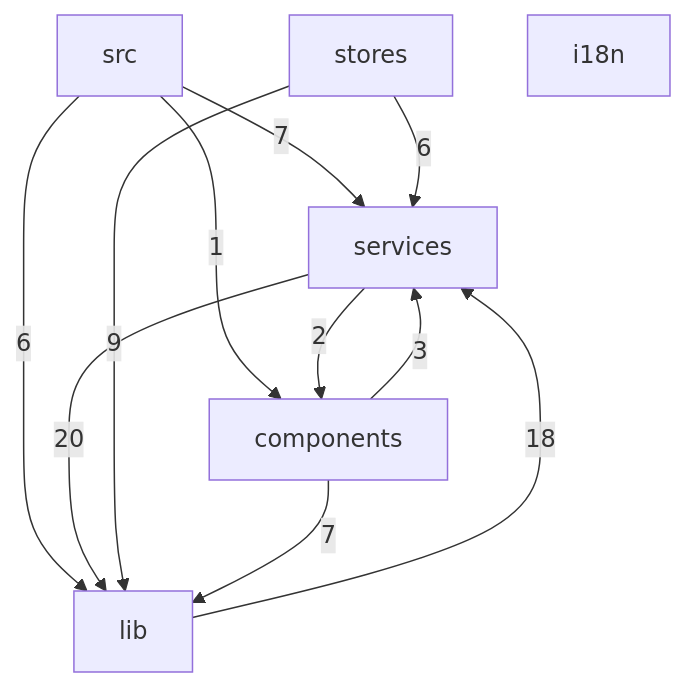
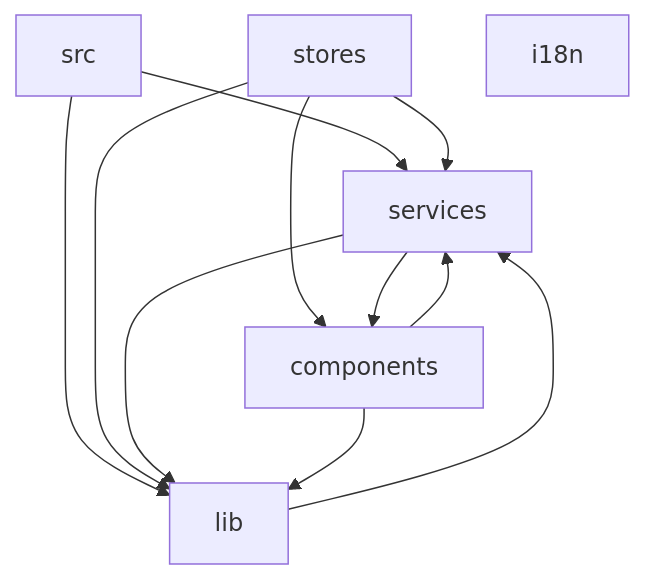
The second of 2 diagrams in .wiki/02-architecture/architecture.md (shawicx/scx-terminal), drawn with Mermaid before and after one commit. The commit also changed other lines of this file and 41 other files, not shown here.

````diff
--- a/.wiki/02-architecture/architecture.md
+++ b/.wiki/02-architecture/architecture.md
@@ -382,14 +305,14 @@
 ```mermaid
 graph TD
-  src -->|7| services
-  src -->|6| lib
-  src -->|1| components
-  services -->|20| lib
-  services -->|2| components
-  lib -->|18| services
-  stores -->|9| lib
-  stores -->|6| services
-  components -->|7| lib
-  components -->|3| services
+  src --> services
+  src --> lib
+  stores --> lib
+  stores --> services
+  stores --> components
+  services --> lib
+  lib --> services
+  services --> components
+  components --> lib
+  components --> services
   i18n
 ```
````
